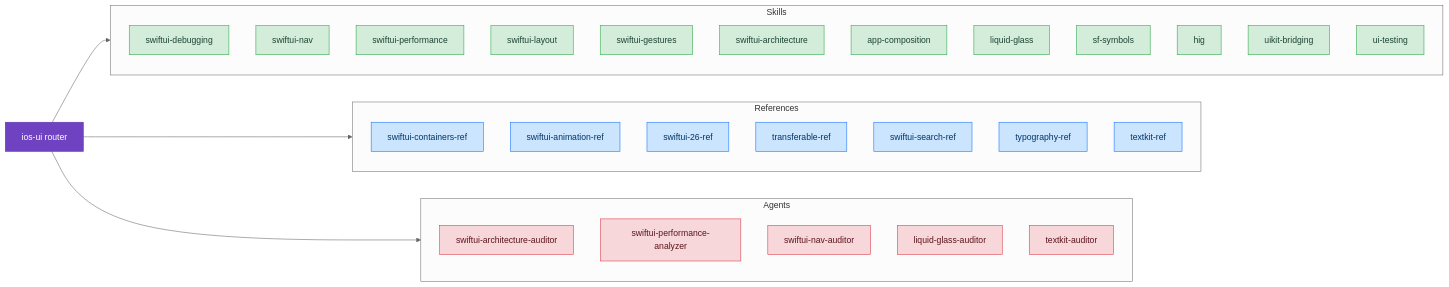
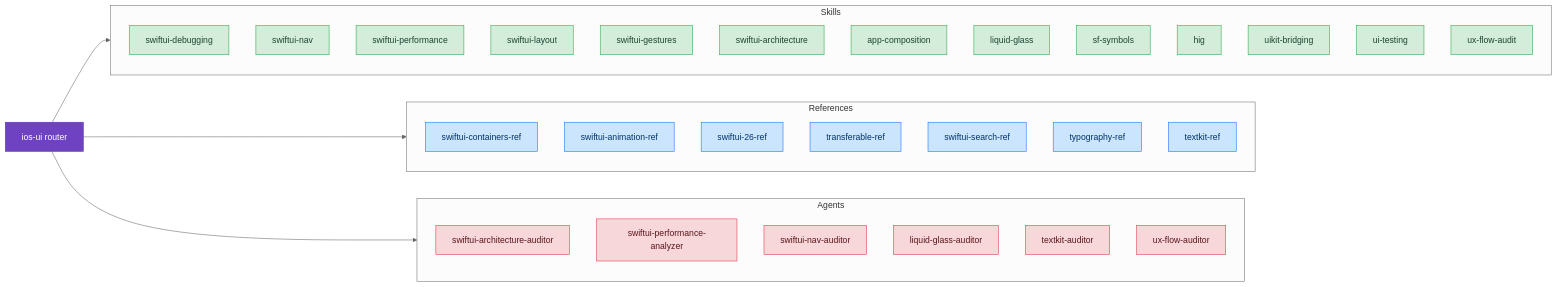
The diagram in docs/skills/ui-design/index.md (CharlesWiltgen/Axiom), drawn with Mermaid (neutral theme) before and after one commit. The commit also changed other lines of this file and 1 other file, not shown here.

Commit message:
docs: add ux-flow-audit to UI skillset index pages

````diff
--- a/docs/skills/ui-design/index.md
+++ b/docs/skills/ui-design/index.md
@@ -5,46 +5,48 @@
 ```mermaid
 flowchart LR
     classDef router fill:#6f42c1,stroke:#5a32a3,color:#fff
     classDef discipline fill:#d4edda,stroke:#28a745,color:#1b4332
     classDef reference fill:#cce5ff,stroke:#0d6efd,color:#003366
     classDef diagnostic fill:#fff3cd,stroke:#ffc107,color:#664d03
     classDef agent fill:#f8d7da,stroke:#dc3545,color:#58151c
 
     axiom_ios_ui["ios-ui router"]:::router
 
     subgraph skills_d["Skills"]
         swiftui_debugging["swiftui-debugging"]:::discipline
         swiftui_nav["swiftui-nav"]:::discipline
         swiftui_performance["swiftui-performance"]:::discipline
         swiftui_layout["swiftui-layout"]:::discipline
         swiftui_gestures["swiftui-gestures"]:::discipline
         swiftui_architecture["swiftui-architecture"]:::discipline
         app_composition["app-composition"]:::discipline
         liquid_glass["liquid-glass"]:::discipline
         sf_symbols["sf-symbols"]:::discipline
         hig["hig"]:::discipline
         uikit_bridging["uikit-bridging"]:::discipline
         ui_testing["ui-testing"]:::discipline
+        ux_flow_audit["ux-flow-audit"]:::discipline
     end
     axiom_ios_ui --> skills_d
 
     subgraph skills_r["References"]
         swiftui_containers_ref["swiftui-containers-ref"]:::reference
         swiftui_animation_ref["swiftui-animation-ref"]:::reference
         swiftui_26_ref["swiftui-26-ref"]:::reference
         transferable_ref["transferable-ref"]:::reference
         swiftui_search_ref["swiftui-search-ref"]:::reference
         typography_ref["typography-ref"]:::reference
         textkit_ref["textkit-ref"]:::reference
     end
     axiom_ios_ui --> skills_r
 
     subgraph agents_sg["Agents"]
         agent_arch["swiftui-architecture-auditor"]:::agent
         agent_perf["swiftui-performance-analyzer"]:::agent
         agent_nav["swiftui-nav-auditor"]:::agent
         agent_lg["liquid-glass-auditor"]:::agent
         agent_tk["textkit-auditor"]:::agent
+        agent_ux["ux-flow-auditor"]:::agent
     end
     axiom_ios_ui --> agents_sg
 ```
````
